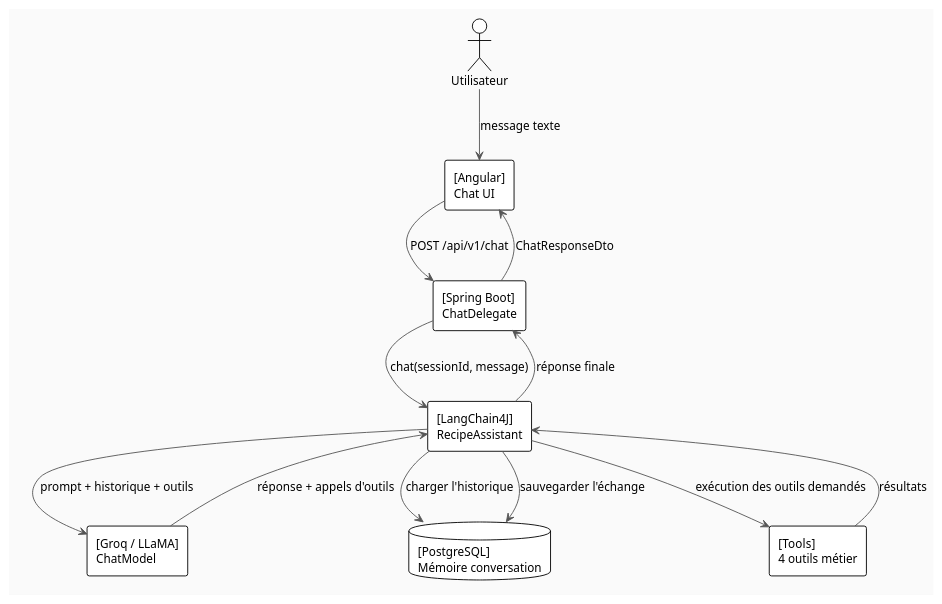
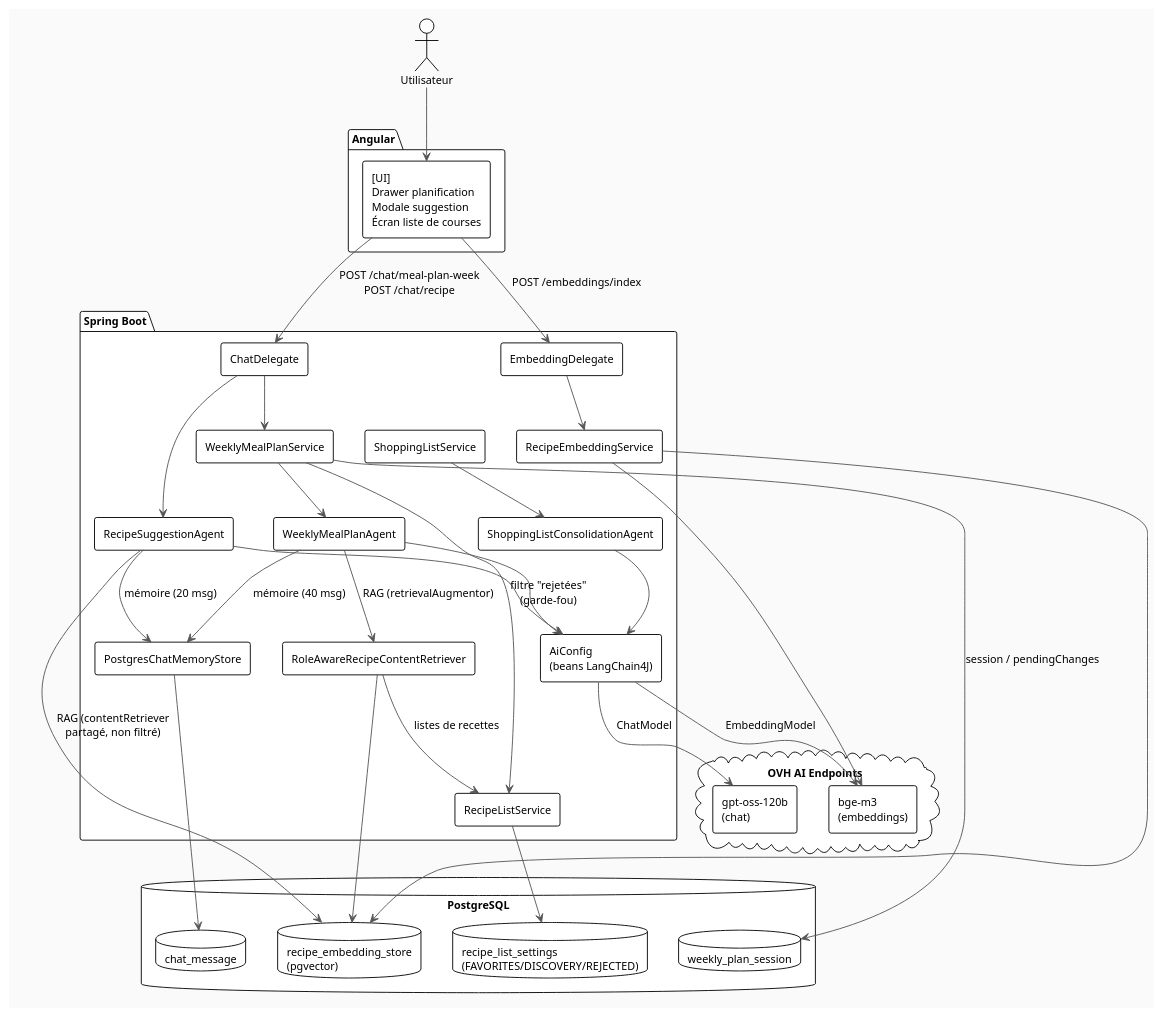
Before and after one commit to seblaporte/KitchenVault: the first of 3 diagrams in docs/modules/ROOT/pages/ai.adoc, drawn with PlantUML. The commit also changed other lines of this file and 54 other files, not shown here.

First line of the commit message:
feat(recipe-lists): listes de recettes personnalisables (favoris/découverte/rejet) (#25)

```diff
--- a/docs/modules/ROOT/pages/ai.adoc
+++ b/docs/modules/ROOT/pages/ai.adoc
@@ -15,30 +36,77 @@
 [plantuml]
 ....
 @startuml
 !theme plain
 skinparam backgroundColor #FAFAFA
 skinparam componentStyle rectangle
 skinparam ArrowColor #555555
-skinparam defaultFontSize 13
+skinparam defaultFontSize 12
 
 actor Utilisateur
-component "[Angular]\nChat UI" as UI
-component "[Spring Boot]\nChatDelegate" as Delegate
-component "[LangChain4J]\nRecipeAssistant" as Assistant
-component "[Groq / LLaMA]\nChatModel" as LLM
-database "[PostgreSQL]\nMémoire conversation" as Memory
-component "[Tools]\n4 outils métier" as Tools
 
-Utilisateur --> UI : message texte
-UI --> Delegate : POST /api/v1/chat
-Delegate --> Assistant : chat(sessionId, message)
-Assistant --> Memory : charger l'historique
-Assistant --> LLM : prompt + historique + outils
-LLM --> Assistant : réponse + appels d'outils
-Assistant --> Tools : exécution des outils demandés
-Tools --> Assistant : résultats
-Assistant --> Memory : sauvegarder l'échange
-Assistant --> Delegate : réponse finale
-Delegate --> UI : ChatResponseDto
+package "Angular" {
+  component "[UI]\nDrawer planification\nModale suggestion\nÉcran liste de courses" as UI
+}
+
+package "Spring Boot" {
+  component "ChatDelegate" as ChatD
+  component "EmbeddingDelegate" as EmbD
+  component "WeeklyMealPlanService" as WMPS
+  component "ShoppingListService" as SLS
+  component "RecipeListService" as RLS
+
+  component "WeeklyMealPlanAgent" as A1
+  component "RecipeSuggestionAgent" as A2
+  component "ShoppingListConsolidationAgent" as A3
+
+  component "AiConfig\n(beans LangChain4J)" as Cfg
+  component "RoleAwareRecipeContentRetriever" as RoleRAG
+  component "RecipeEmbeddingService" as Emb
+  component "PostgresChatMemoryStore" as Mem
+}
+
+database "PostgreSQL" {
+  database "recipe_embedding_store\n(pgvector)" as PG1
+  database "chat_message" as PG2
+  database "weekly_plan_session" as PG3
+  database "recipe_list_settings\n(FAVORITES/DISCOVERY/REJECTED)" as PG4
+}
+
+cloud "OVH AI Endpoints" {
+  component "gpt-oss-120b\n(chat)" as LLM
+  component "bge-m3\n(embeddings)" as Embed
+}
+
+Utilisateur --> UI
+UI --> ChatD : POST /chat/meal-plan-week\nPOST /chat/recipe
+UI --> EmbD : POST /embeddings/index
+
+ChatD --> WMPS
+ChatD --> A2
+WMPS --> A1
+SLS --> A3
+
+A1 --> Cfg
+A2 --> Cfg
+A3 --> Cfg
+
+Cfg --> LLM : ChatModel
+Cfg --> Embed : EmbeddingModel
+A1 --> Mem : mémoire (40 msg)
+A2 --> Mem : mémoire (20 msg)
+Mem --> PG2
+A1 --> RoleRAG : RAG (retrievalAugmentor)
+RoleRAG --> RLS : listes de recettes
+RLS --> PG4
+RoleRAG --> PG1
+A2 --> PG1 : RAG (contentRetriever\npartagé, non filtré)
+
+WMPS --> RLS : filtre "rejetées"\n(garde-fou)
+
+EmbD --> Emb
+Emb --> Embed
+Emb --> PG1
+
+WMPS --> PG3 : session / pendingChanges
 @enduml
 ....
```
